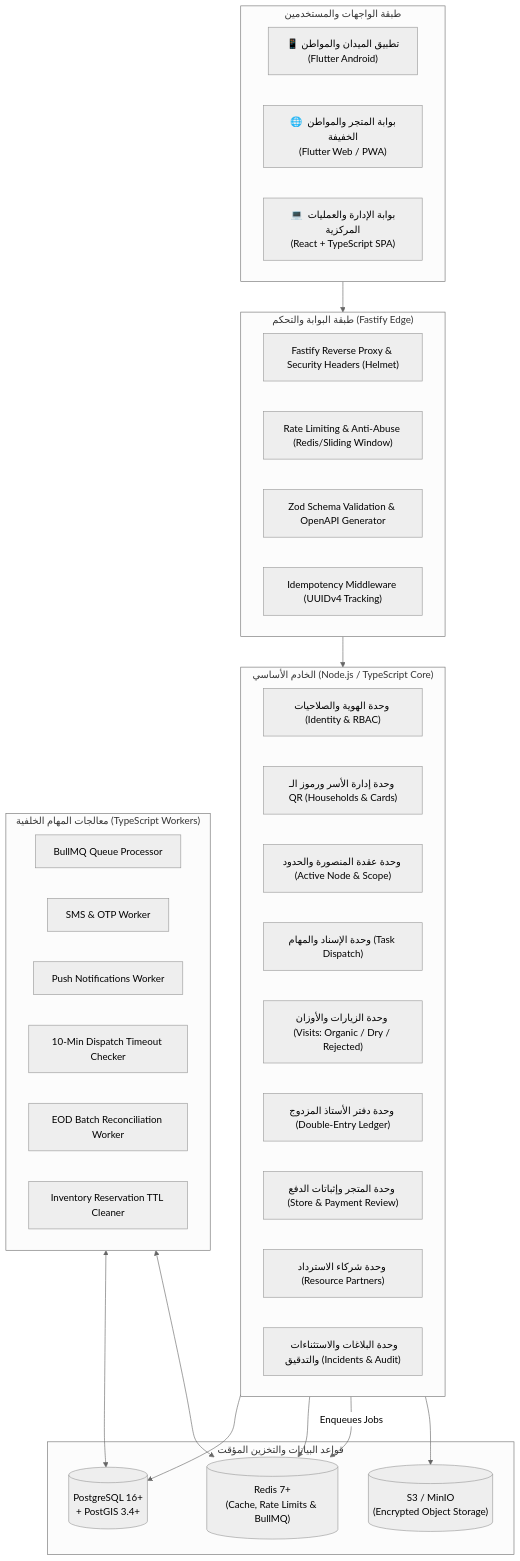
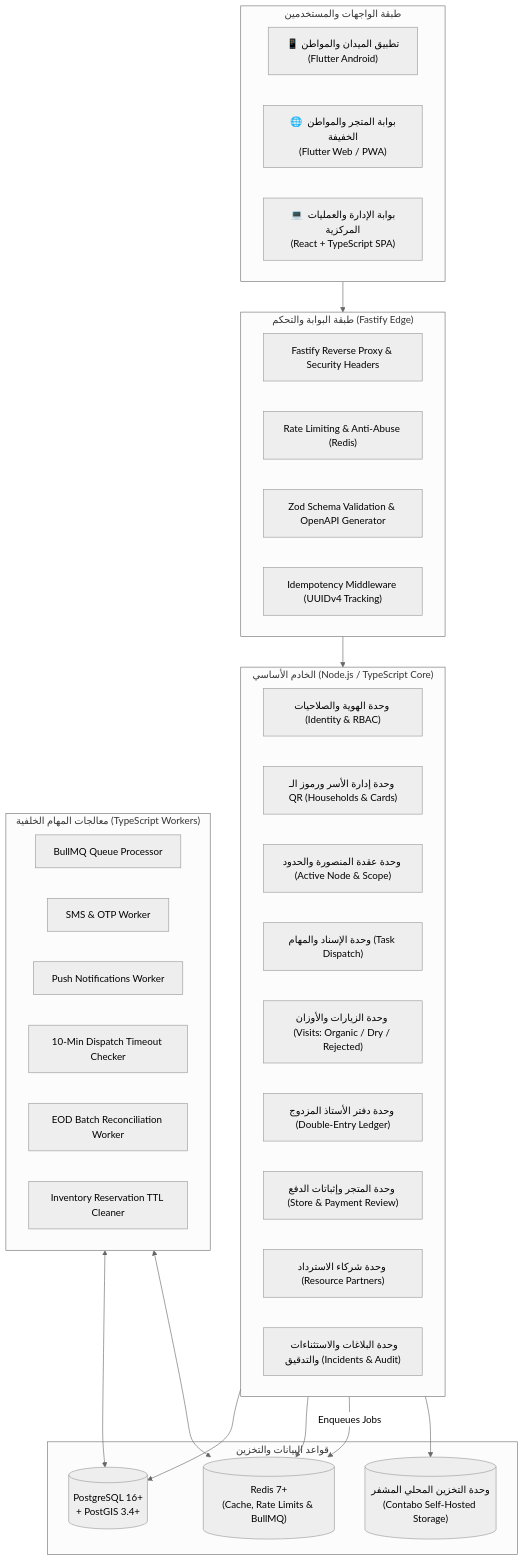
One commit to A-S-Y/Athar changed the first of 5 diagrams in docs/01-architecture/system-overview.md. Above: the diagram before and after it, drawn with Mermaid (neutral theme). The commit also changed other lines of this file and 9 other files, not shown here.

Commit message:
fix: complete canonical remediation, 25-entity data dictionary, Contabo hosting & storage, and API contracts alignment

````diff
--- a/docs/01-architecture/system-overview.md
+++ b/docs/01-architecture/system-overview.md
@@ -36,51 +36,51 @@
 ```mermaid
 flowchart TD
     subgraph Clients ["طبقة الواجهات والمستخدمين"]
         C1["📱 تطبيق الميدان والمواطن<br/>(Flutter Android)"]
         C2["🌐 بوابة المتجر والمواطن الخفيفة<br/>(Flutter Web / PWA)"]
         C3["💻 بوابة الإدارة والعمليات المركزية<br/>(React + TypeScript SPA)"]
     end
 
     subgraph Gateway ["طبقة البوابة والتحكم (Fastify Edge)"]
-        G1["Fastify Reverse Proxy & Security Headers (Helmet)"]
-        G2["Rate Limiting & Anti-Abuse (Redis/Sliding Window)"]
+        G1["Fastify Reverse Proxy & Security Headers"]
+        G2["Rate Limiting & Anti-Abuse (Redis)"]
         G3["Zod Schema Validation & OpenAPI Generator"]
         G4["Idempotency Middleware (UUIDv4 Tracking)"]
     end
 
     subgraph CoreBackend ["الخادم الأساسي (Node.js / TypeScript Core)"]
         M1["وحدة الهوية والصلاحيات (Identity & RBAC)"]
         M2["وحدة إدارة الأسر ورموز الـ QR (Households & Cards)"]
         M3["وحدة عقدة المنصورة والحدود (Active Node & Scope)"]
         M4["وحدة الإسناد والمهام (Task Dispatch)"]
         M5["وحدة الزيارات والأوزان (Visits: Organic / Dry / Rejected)"]
         M6["وحدة دفتر الأستاذ المزدوج (Double-Entry Ledger)"]
         M7["وحدة المتجر وإثباتات الدفع (Store & Payment Review)"]
         M8["وحدة شركاء الاسترداد (Resource Partners)"]
         M9["وحدة البلاغات والاستثناءات والتدقيق (Incidents & Audit)"]
     end
 
     subgraph WorkerPool ["معالجات المهام الخلفية (TypeScript Workers)"]
         W1["BullMQ Queue Processor"]
         W2["SMS & OTP Worker"]
         W3["Push Notifications Worker"]
         W4["10-Min Dispatch Timeout Checker"]
         W5["EOD Batch Reconciliation Worker"]
         W6["Inventory Reservation TTL Cleaner"]
     end
 
-    subgraph DataStore ["قواعد البيانات والتخزين المؤقت"]
+    subgraph DataStore ["قواعد البيانات والتخزين"]
         DB[("PostgreSQL 16+<br/>+ PostGIS 3.4+")]
         REDIS[("Redis 7+<br/>(Cache, Rate Limits & BullMQ)")]
-        S3[("S3 / MinIO<br/>(Encrypted Object Storage)")]
+        STORAGE[("وحدة التخزين المحلي المشفر<br/>(Contabo Self-Hosted Storage)")]
     end
 
     Clients --> Gateway
     Gateway --> CoreBackend
     CoreBackend --> DB
     CoreBackend --> REDIS
     CoreBackend --> |Enqueues Jobs| REDIS
     WorkerPool <--> DB
     WorkerPool <--> REDIS
-    CoreBackend --> S3
+    CoreBackend --> STORAGE
 ```
````
